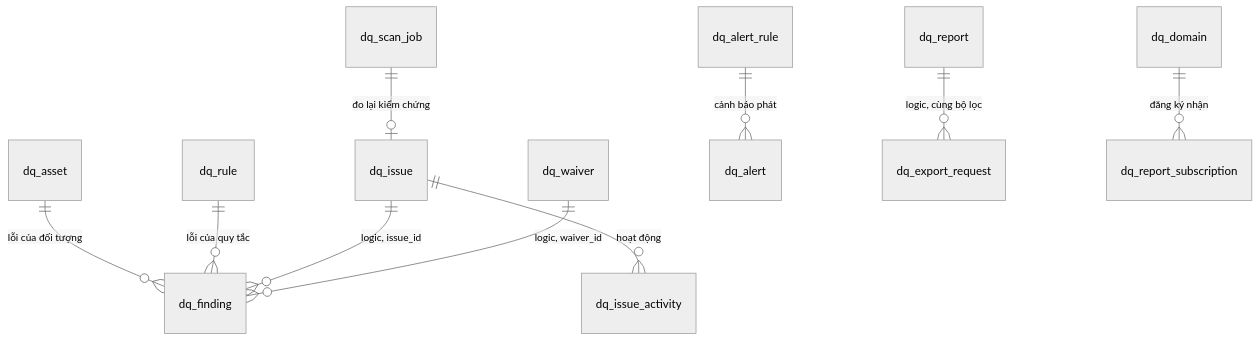
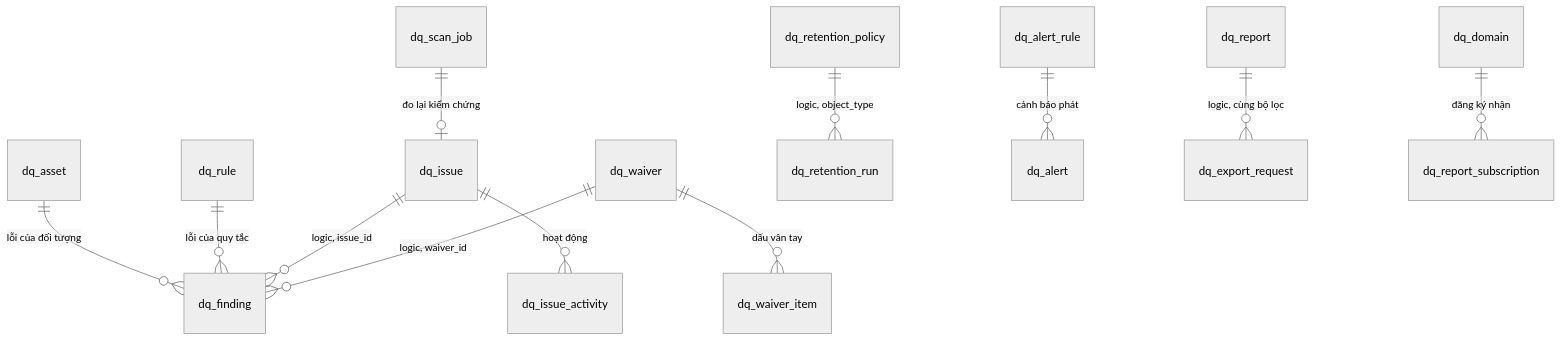
One commit to caprocute/DATAHUB changed the fourth of 4 diagrams in datahub-docs/03-thiet-ke/csdl/D03-03-PH08-csdl-chat-luong-du-lieu.md. Above: the diagram before and after it, drawn with Mermaid (neutral theme). The commit also changed other lines of this file and 24 other files, not shown here.

````diff
--- a/datahub-docs/03-thiet-ke/csdl/D03-03-PH08-csdl-chat-luong-du-lieu.md
+++ b/datahub-docs/03-thiet-ke/csdl/D03-03-PH08-csdl-chat-luong-du-lieu.md
@@ -251,12 +260,14 @@
 ```{.mermaid caption="ERD nhóm bản ghi lỗi, khắc phục, cảnh báo và báo cáo"}
 erDiagram
   dq_asset ||--o{ dq_finding : "lỗi của đối tượng"
   dq_rule ||--o{ dq_finding : "lỗi của quy tắc"
   dq_issue ||--o{ dq_finding : "logic, issue_id"
   dq_waiver ||--o{ dq_finding : "logic, waiver_id"
+  dq_waiver ||--o{ dq_waiver_item : "dấu vân tay"
+  dq_retention_policy ||--o{ dq_retention_run : "logic, object_type"
   dq_issue ||--o{ dq_issue_activity : "hoạt động"
   dq_scan_job ||--o| dq_issue : "đo lại kiểm chứng"
   dq_alert_rule ||--o{ dq_alert : "cảnh báo phát"
   dq_report ||--o{ dq_export_request : "logic, cùng bộ lọc"
   dq_domain ||--o{ dq_report_subscription : "đăng ký nhận"
 ```
````
